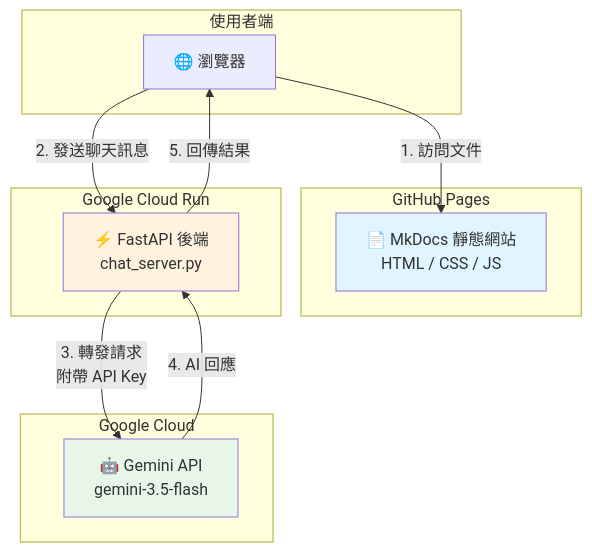
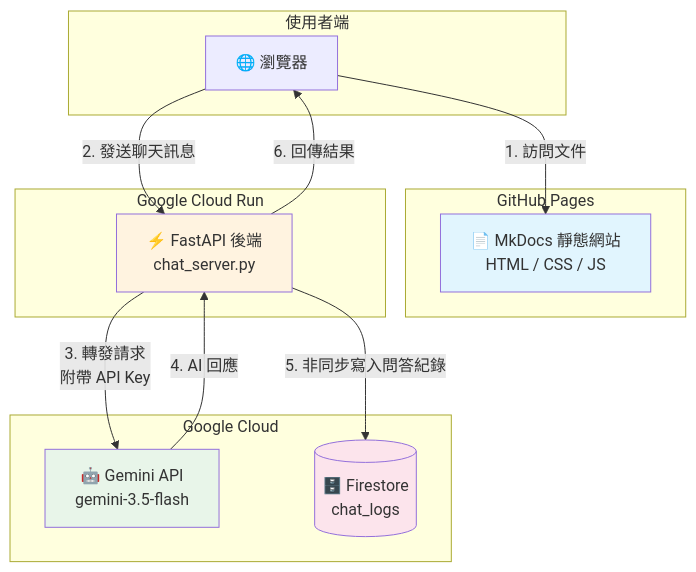
The diagram in README.md (CaoCharles/dcka-class-notes), drawn with Mermaid before and after one commit. The commit also changed other lines of this file and 1 other file, not shown here.

Commit message:
docs: 補上 Firestore 問答紀錄的架構圖與設定說明
架構圖先前標示為完全 stateless / 無資料庫，現在已加入 Firestore
記錄問答，README 需同步反映：更新架構圖加上 Firestore 節點、
backend/README.md 新增完整的 Firestore 設定與查詢說明章節。

````diff
--- a/README.md
+++ b/README.md
@@ -58,28 +58,31 @@
 ```mermaid
 flowchart TB
     subgraph 使用者端
         Browser[🌐 瀏覽器]
     end
 
     subgraph GitHub Pages
         Frontend[📄 MkDocs 靜態網站<br/>HTML / CSS / JS]
     end
 
     subgraph Google Cloud Run
         Backend[⚡ FastAPI 後端<br/>chat_server.py]
     end
 
     subgraph Google Cloud
         Gemini[🤖 Gemini API<br/>gemini-3.5-flash]
+        Firestore[(🗄️ Firestore<br/>chat_logs)]
     end
 
     Browser -->|1. 訪問文件| Frontend
     Browser -->|2. 發送聊天訊息| Backend
     Backend -->|3. 轉發請求<br/>附帶 API Key| Gemini
     Gemini -->|4. AI 回應| Backend
-    Backend -->|5. 回傳結果| Browser
+    Backend -->|5. 非同步寫入問答紀錄| Firestore
+    Backend -->|6. 回傳結果| Browser
 
     style Frontend fill:#e1f5fe
     style Backend fill:#fff3e0
     style Gemini fill:#e8f5e9
+    style Firestore fill:#fce4ec
 ```
````
